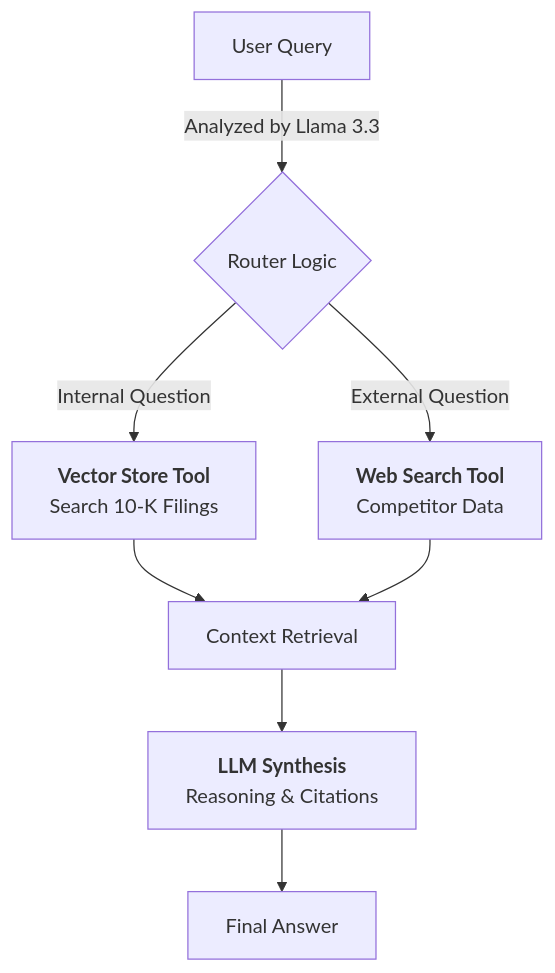
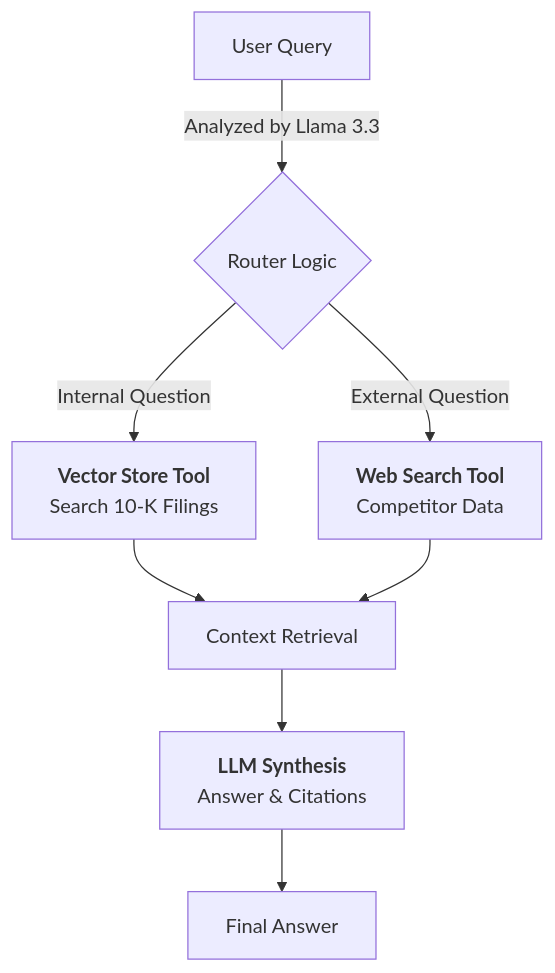
The first of 2 diagrams in README.md (MeghnaB12/agentic-financial-analyst), drawn with Mermaid before and after one commit. The commit also changed other lines of this file, not shown here.

````diff
--- a/README.md
+++ b/README.md
@@ -11,10 +11,10 @@
 ```mermaid
 graph TD
     A[User Query] -->|Analyzed by Llama 3.3| B{Router Logic}
     B -->|Internal Question| C[<b>Vector Store Tool</b><br/>Search 10-K Filings]
     B -->|External Question| D[<b>Web Search Tool</b><br/>Competitor Data]
     C --> E[Context Retrieval]
     D --> E
-    E --> F[<b>LLM Synthesis</b><br/>Reasoning & Citations]
+    E --> F[<b>LLM Synthesis</b><br/>Answer & Citations]
     F --> G[Final Answer]
 ```
````
